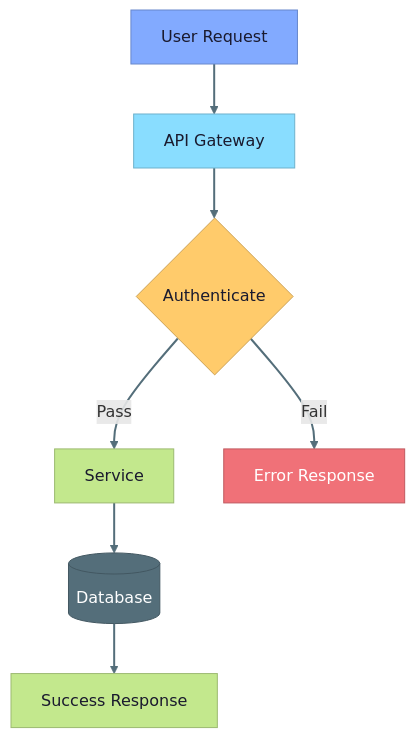
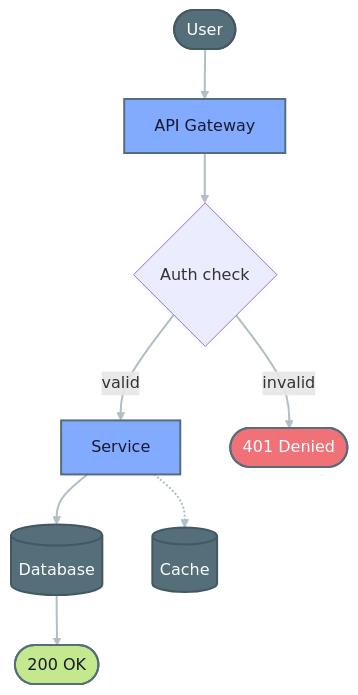
One commit to mdsakalu/agent-plugins changed diagram 16 of 24 in creating-mermaid-diagrams/skills/creating-mermaid-diagrams/references/themes.md. Above: the diagram before and after it, drawn with Mermaid. The commit also changed other lines of this file and 4 other files, not shown here.

First line of the commit message:
refactor(creating-mermaid-diagrams): design-driven styling overhaul

````diff
--- a/creating-mermaid-diagrams/skills/creating-mermaid-diagrams/references/themes.md
+++ b/creating-mermaid-diagrams/skills/creating-mermaid-diagrams/references/themes.md
@@ -596,26 +697,18 @@
 ```mermaid
 flowchart TD
-    user["User Request"] --> api["API Gateway"]
-    api --> auth{"Authenticate"}
-    auth -->|Pass| service["Service"]
-    auth -->|Fail| error["Error Response"]
-    service --> db[("Database")]
-    db --> response["Success Response"]
+    user(["User"]) ==> api["API Gateway"] ==> auth{"Auth check"}
+    auth == valid ==> svc["Service"] ==> db[("Database")] ==> res(["200 OK"])
+    auth -- invalid --> err(["401 Denied"])
+    svc -.-> cache[("Cache")]
 
-    classDef primary fill:#82AAFF,stroke:#6888cc,color:#1a1a2e
-    classDef secondary fill:#546E7A,stroke:#435862,color:#ffffff
-    classDef success fill:#C3E88D,stroke:#9cba71,color:#1a1a2e
-    classDef warning fill:#FFCB6B,stroke:#cca256,color:#1a1a2e
-    classDef danger fill:#F07178,stroke:#c05a60,color:#ffffff
-    classDef info fill:#89DDFF,stroke:#6eb1cc,color:#1a1a2e
+    classDef primary fill:#82AAFF,stroke:#546E7A,stroke-width:2px,color:#1a1a2e
+    classDef muted fill:#546E7A,stroke:#435862,stroke-width:2px,color:#ffffff
+    classDef success fill:#C3E88D,stroke:#546E7A,stroke-width:2px,color:#1a1a2e
+    classDef danger fill:#F07178,stroke:#546E7A,stroke-width:2px,color:#ffffff
+    linkStyle default stroke:#B0BEC5,stroke-width:2px
 
-    linkStyle default stroke:#546E7A,stroke-width:2px
-
-    class user primary
-    class api info
-    class auth warning
-    class service success
-    class error danger
-    class db secondary
-    class response success
+    class api,svc primary
+    class user,db,cache muted
+    class res success
+    class err danger
 ```
````
